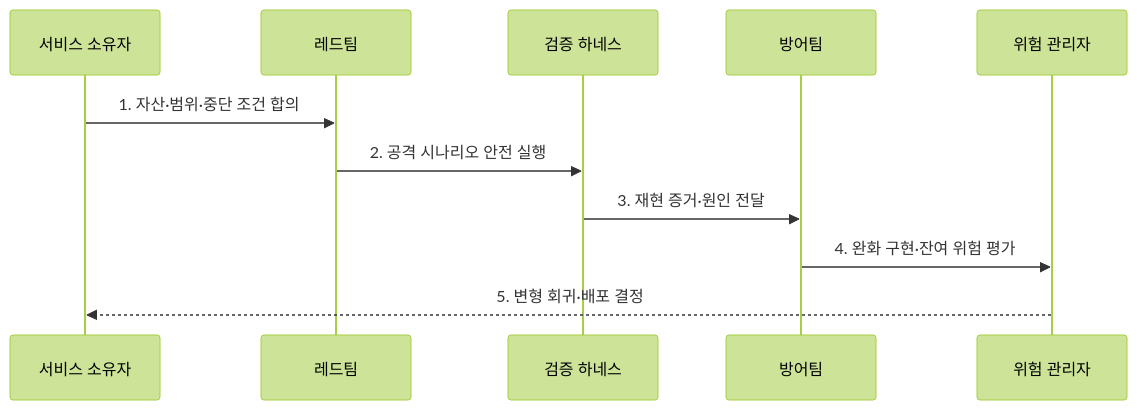
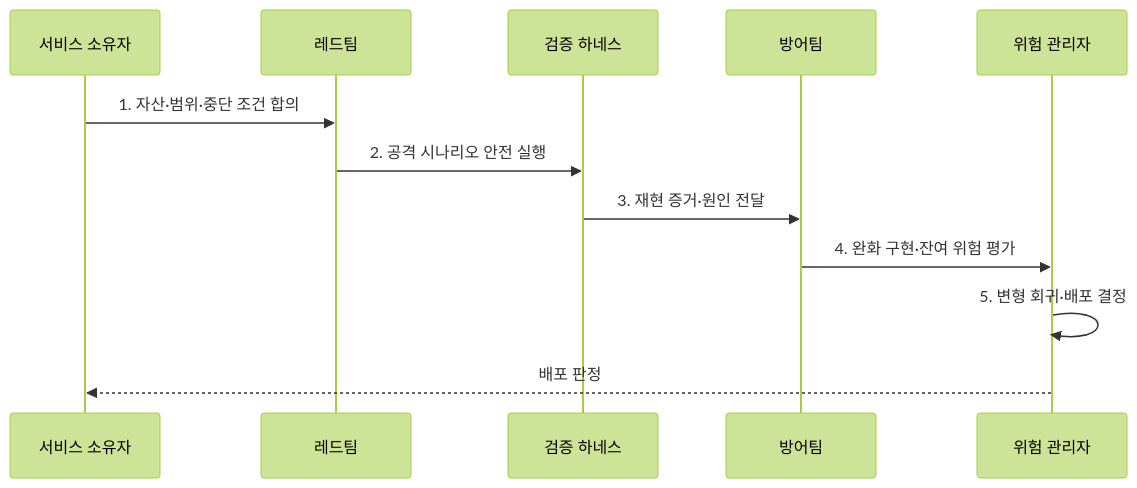
One commit to agnusdei1207/knowledge-base changed the second of 2 diagrams in src/content/docs/notes/05-security/089_ai_red_teaming.md. Above: the diagram before and after it, drawn with Mermaid (forest theme). The commit also changed other lines of this file and 20 other files, not shown here.

````diff
--- a/src/content/docs/notes/05-security/089_ai_red_teaming.md
+++ b/src/content/docs/notes/05-security/089_ai_red_teaming.md
@@ -84,13 +84,14 @@
 ```mermaid
 sequenceDiagram
     participant O as 서비스 소유자
     participant R as 레드팀
     participant H as 검증 하네스
     participant D as 방어팀
     participant G as 위험 관리자
     O->>R: 1. 자산·범위·중단 조건 합의
     R->>H: 2. 공격 시나리오 안전 실행
     H->>D: 3. 재현 증거·원인 전달
     D->>G: 4. 완화 구현·잔여 위험 평가
-    G-->>O: 5. 변형 회귀·배포 결정
+    G->>G: 5. 변형 회귀·배포 결정
+    G-->>O: 배포 판정
 ```
````
